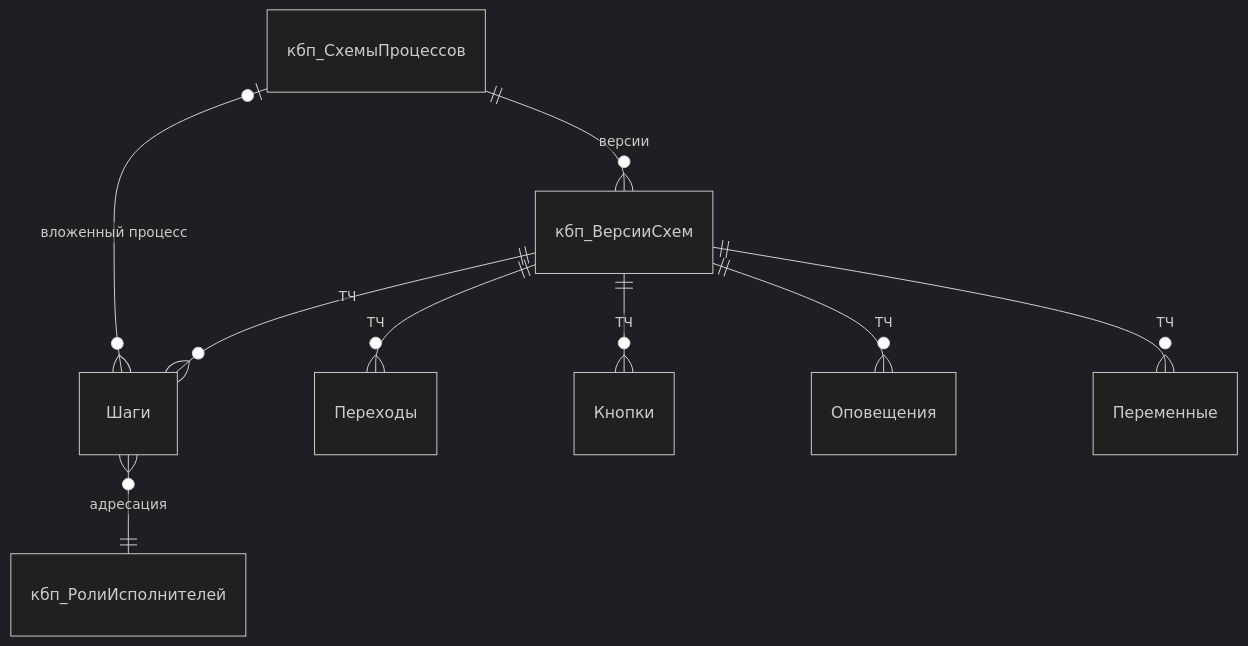
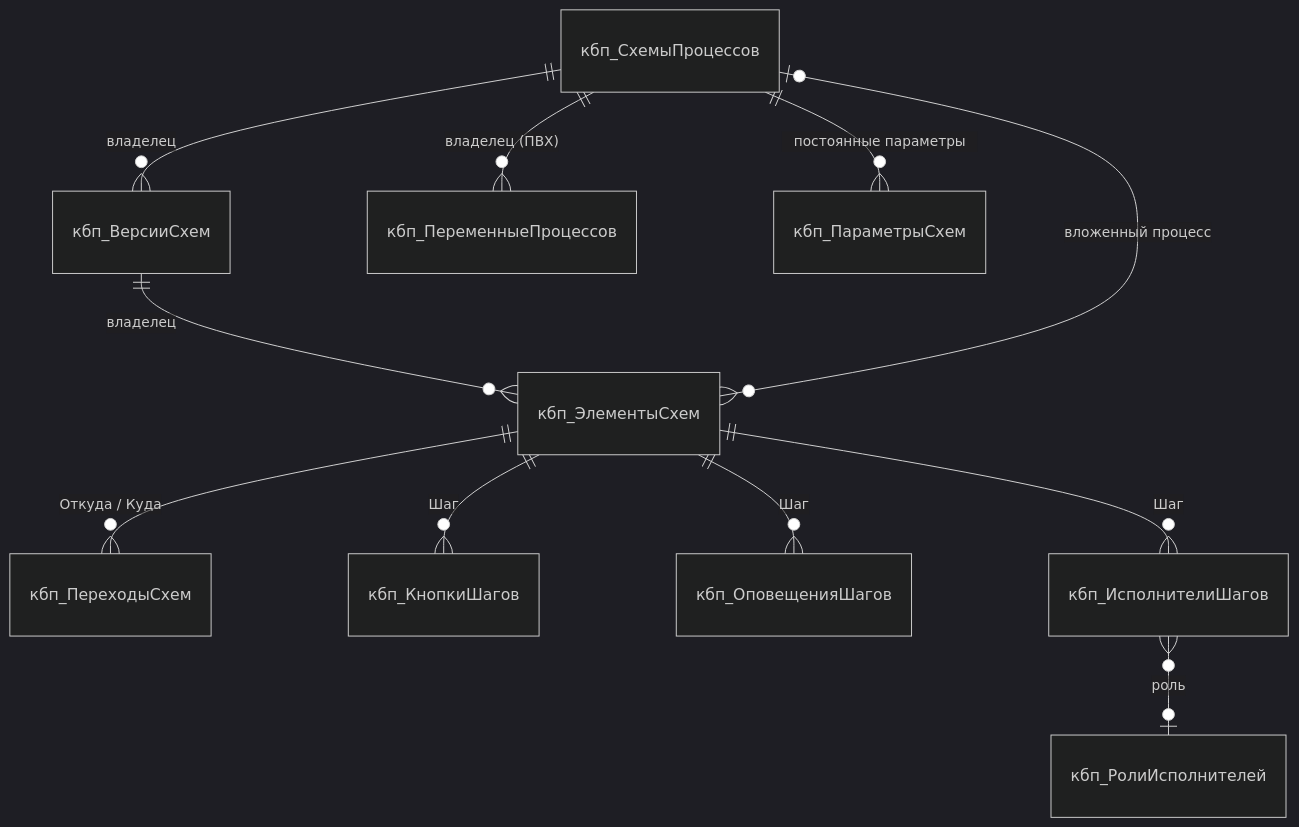
Before and after one commit to projectskz/edtskz: the second of 4 diagrams in docs/Архитектура.md, drawn with Mermaid (dark theme). The commit also changed other lines of this file and 2 other files, not shown here.

First line of the commit message:
Анализ кода прототипа KPI 3.1; модель схемы в справочниках и регистрах, ПВХ переменных, документ замещения, новые требования

````diff
--- a/docs/Архитектура.md
+++ b/docs/Архитектура.md
@@ -115,11 +117,13 @@
 ```mermaid
 erDiagram
-  кбп_СхемыПроцессов ||--o{ кбп_ВерсииСхем : "версии"
-  кбп_ВерсииСхем ||--o{ Шаги : "ТЧ"
-  кбп_ВерсииСхем ||--o{ Переходы : "ТЧ"
-  кбп_ВерсииСхем ||--o{ Кнопки : "ТЧ"
-  кбп_ВерсииСхем ||--o{ Оповещения : "ТЧ"
-  кбп_ВерсииСхем ||--o{ Переменные : "ТЧ"
-  Шаги }o--|| кбп_РолиИсполнителей : "адресация"
-  Шаги }o--o| кбп_СхемыПроцессов : "вложенный процесс"
+  кбп_СхемыПроцессов ||--o{ кбп_ВерсииСхем : "владелец"
+  кбп_СхемыПроцессов ||--o{ кбп_ПеременныеПроцессов : "владелец (ПВХ)"
+  кбп_ВерсииСхем ||--o{ кбп_ЭлементыСхем : "владелец"
+  кбп_ЭлементыСхем ||--o{ кбп_ПереходыСхем : "Откуда / Куда"
+  кбп_ЭлементыСхем ||--o{ кбп_КнопкиШагов : "Шаг"
+  кбп_ЭлементыСхем ||--o{ кбп_ОповещенияШагов : "Шаг"
+  кбп_ЭлементыСхем ||--o{ кбп_ИсполнителиШагов : "Шаг"
+  кбп_ИсполнителиШагов }o--o| кбп_РолиИсполнителей : "роль"
+  кбп_ЭлементыСхем }o--o| кбп_СхемыПроцессов : "вложенный процесс"
+  кбп_СхемыПроцессов ||--o{ кбп_ПараметрыСхем : "постоянные параметры"
 ```
````
